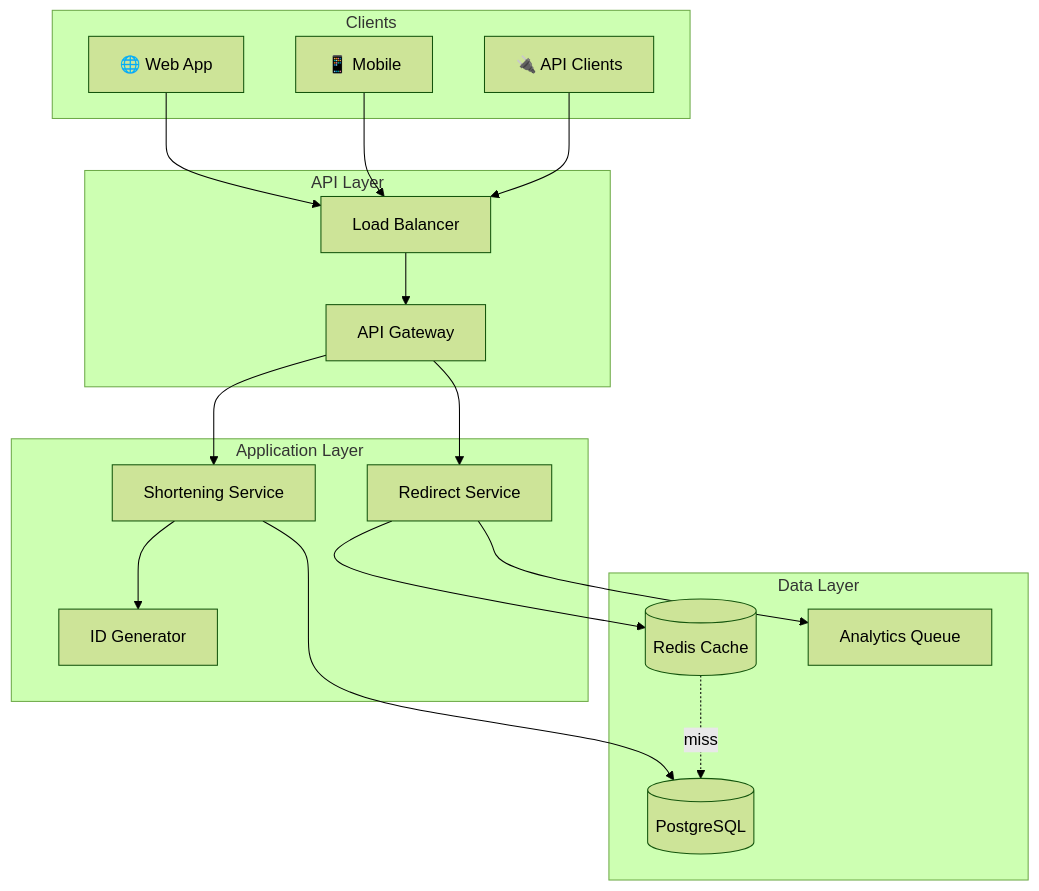
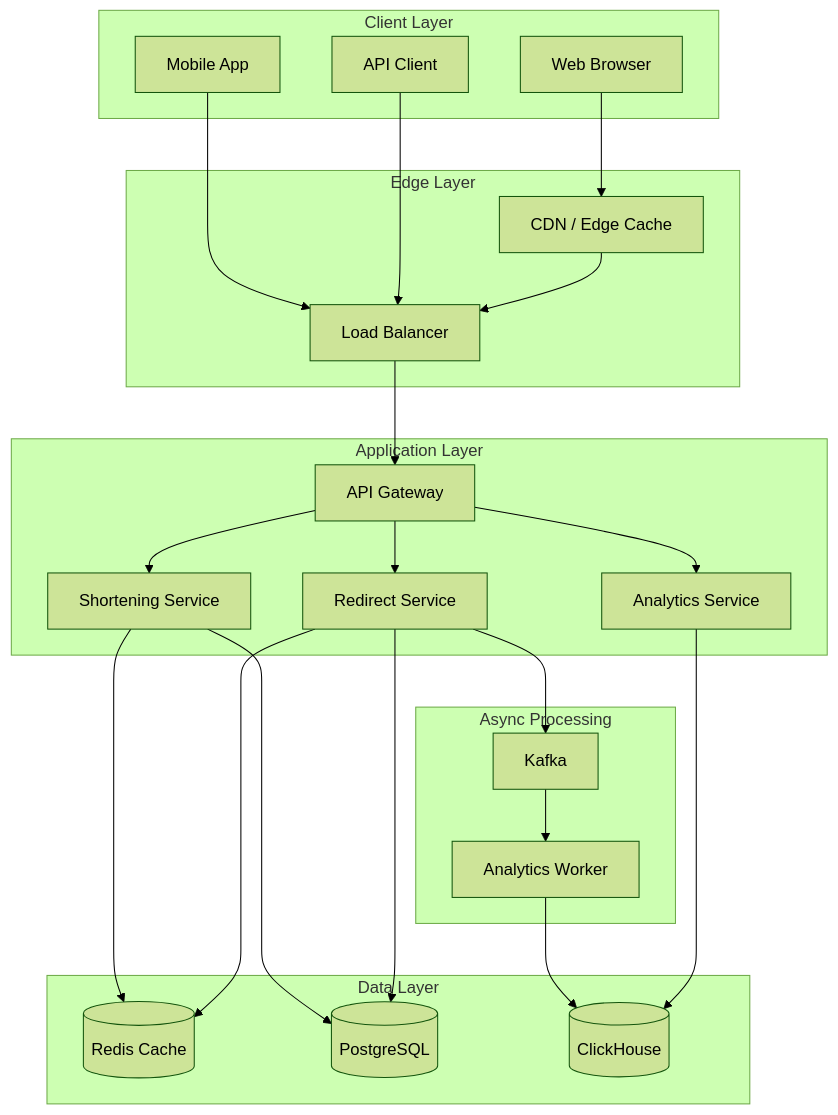
Before and after one commit to spawn08/system-design-interview: the first of 6 diagrams in software_system_design/url_shortening.md, drawn with Mermaid (forest theme). The commit also changed other lines of this file and 2 other files, not shown here.

Commit message:
Revise image caption generator documentation to enhance clarity and detail. Update examples, real-world applications, and system design considerations. Improve structure and readability, ensuring comprehensive coverage of key concepts in image captioning systems.

````diff
--- a/software_system_design/url_shortening.md
+++ b/software_system_design/url_shortening.md
@@ -119,40 +199,53 @@
 ```mermaid
 flowchart TB
-    subgraph Clients [Clients]
-        Web[🌐 Web App]
-        Mobile[📱 Mobile]
-        API[🔌 API Clients]
+    subgraph Clients [Client Layer]
+        Web[Web Browser]
+        Mobile[Mobile App]
+        API[API Client]
     end
     
-    subgraph Gateway [API Layer]
+    subgraph Edge [Edge Layer]
+        CDN[CDN / Edge Cache]
         LB[Load Balancer]
-        APIGw[API Gateway]
     end
     
-    subgraph Services [Application Layer]
-        Shorten[Shortening Service]
-        Redirect[Redirect Service]
-        IDGen[ID Generator]
+    subgraph App [Application Layer]
+        APIGw[API Gateway]
+        ShortenSvc[Shortening Service]
+        RedirectSvc[Redirect Service]
+        AnalyticsSvc[Analytics Service]
     end
     
-    subgraph DataLayer [Data Layer]
+    subgraph Data [Data Layer]
         Cache[(Redis Cache)]
         DB[(PostgreSQL)]
-        Analytics[Analytics Queue]
+        Analytics[(ClickHouse)]
     end
     
-    Web --> LB
+    subgraph Async [Async Processing]
+        Queue[Kafka]
+        Worker[Analytics Worker]
+    end
+    
+    Web --> CDN
     Mobile --> LB
     API --> LB
+    CDN --> LB
     LB --> APIGw
     
-    APIGw --> Shorten
-    APIGw --> Redirect
+    APIGw --> ShortenSvc
+    APIGw --> RedirectSvc
+    APIGw --> AnalyticsSvc
     
-    Shorten --> IDGen
-    Shorten --> DB
+    ShortenSvc --> DB
+    ShortenSvc --> Cache
     
-    Redirect --> Cache
-    Cache -.->|miss| DB
-    Redirect --> Analytics
+    RedirectSvc --> Cache
+    RedirectSvc --> DB
+    RedirectSvc --> Queue
+    
+    Queue --> Worker
+    Worker --> Analytics
+    
+    AnalyticsSvc --> Analytics
 ```
````
